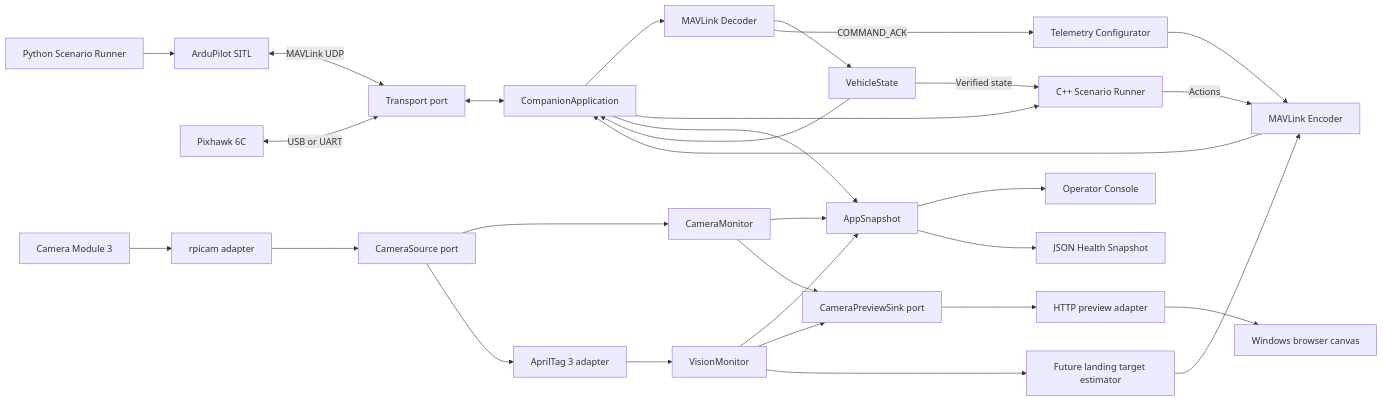
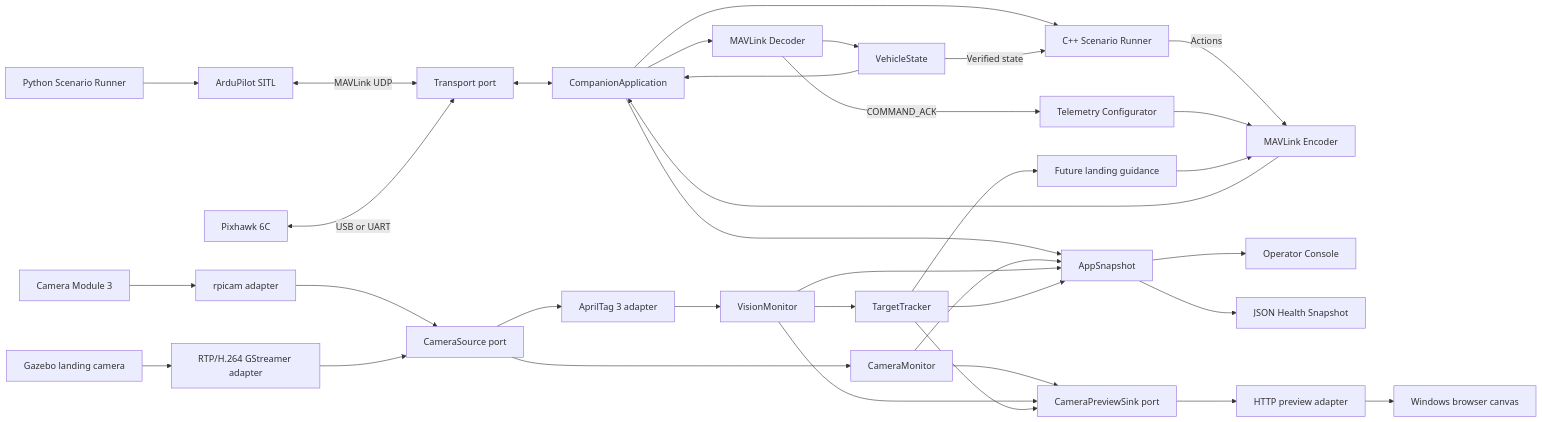
Before and after one commit to matemink/CompanionLab: the first of 2 diagrams in docs/architecture.md, drawn with Mermaid. The commit also changed other lines of this file and 71 other files, not shown here.

First line of the commit message:
Add calibrated vision-guided precision landing (#11)

````diff
--- a/docs/architecture.md
+++ b/docs/architecture.md
@@ -6,32 +6,37 @@
 ```mermaid
 flowchart LR
     SITL["ArduPilot SITL"] <-->|"MAVLink UDP"| Transport["Transport port"]
     Pixhawk["Pixhawk 6C"] <-->|"USB or UART"| Transport
     Transport <--> Application["CompanionApplication"]
     Application --> Decoder["MAVLink Decoder"]
     Decoder --> State["VehicleState"]
     State --> Application
     Application --> Scenario["C++ Scenario Runner"]
     Scenario -->|"Actions"| Encoder
     State -->|"Verified state"| Scenario
     Decoder -->|"COMMAND_ACK"| StreamConfig["Telemetry Configurator"]
     StreamConfig --> Encoder["MAVLink Encoder"]
     Encoder --> Application
     Application --> AppSnapshot["AppSnapshot"]
     AppSnapshot --> Console["Operator Console"]
     AppSnapshot --> Snapshot["JSON Health Snapshot"]
     Python["Python Scenario Runner"] --> SITL
     Camera["Camera Module 3"] --> Rpicam["rpicam adapter"]
+    GazeboCamera["Gazebo landing camera"] --> GStreamer["RTP/H.264 GStreamer adapter"]
     Rpicam --> CameraPort["CameraSource port"]
+    GStreamer --> CameraPort
     CameraPort --> CameraMonitor["CameraMonitor"]
     CameraMonitor --> AppSnapshot
     CameraPort --> Vision["AprilTag 3 adapter"]
     Vision --> VisionMonitor["VisionMonitor"]
     VisionMonitor --> AppSnapshot
+    VisionMonitor --> Tracker["TargetTracker"]
+    Tracker --> AppSnapshot
     CameraMonitor --> PreviewPort["CameraPreviewSink port"]
     VisionMonitor --> PreviewPort
+    Tracker --> PreviewPort
     PreviewPort --> HTTP["HTTP preview adapter"]
     HTTP --> Browser["Windows browser canvas"]
-    VisionMonitor --> Guidance["Future landing target estimator"]
+    Tracker --> Guidance["Future landing guidance"]
     Guidance --> Encoder
 ```
````
